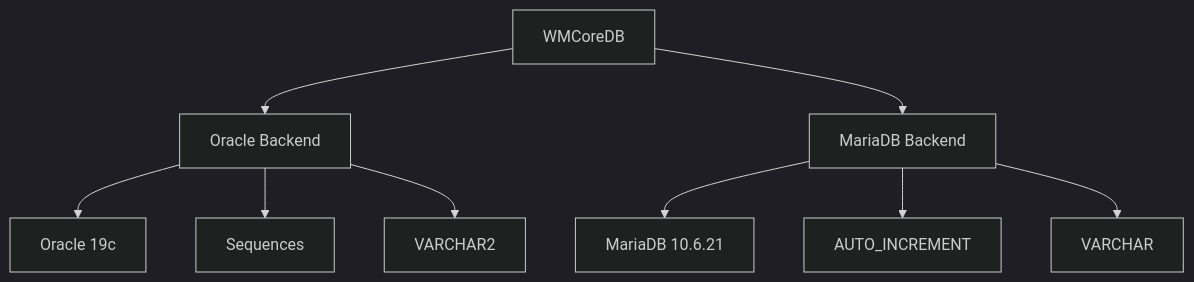
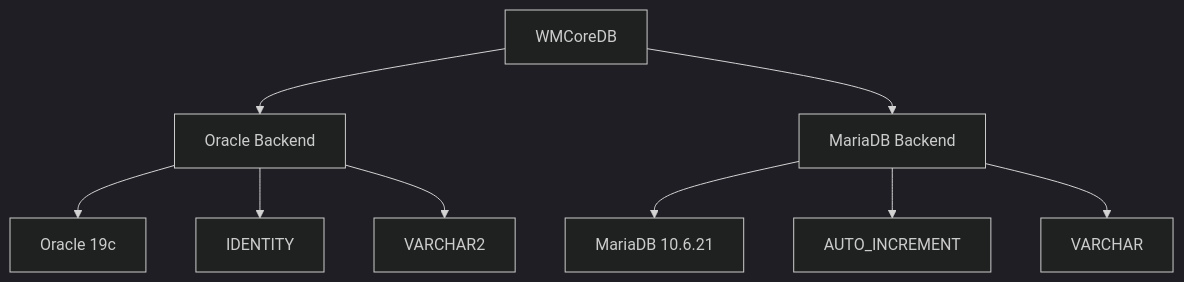
The eighth of 9 diagrams in diagrams/wmcoredb_erd.md (dmwm/wmcoredb), drawn with Mermaid (dark theme) before and after one commit. The commit also changed other lines of this file and 2 other files, not shown here.

Commit message:
docs: update ERDs; provide summary of MariaDB schema

````diff
--- a/diagrams/wmcoredb_erd.md
+++ b/diagrams/wmcoredb_erd.md
@@ -107,11 +106,11 @@
 ```mermaid
 graph TD
     A[WMCoreDB] --> B[Oracle Backend]
     A --> C[MariaDB Backend]
     B --> D[Oracle 19c]
     C --> E[MariaDB 10.6.21]
-    B --> F[Sequences]
+    B --> F[IDENTITY]
     B --> G[VARCHAR2]
     C --> H[AUTO_INCREMENT]
     C --> I[VARCHAR]
 ```
````
